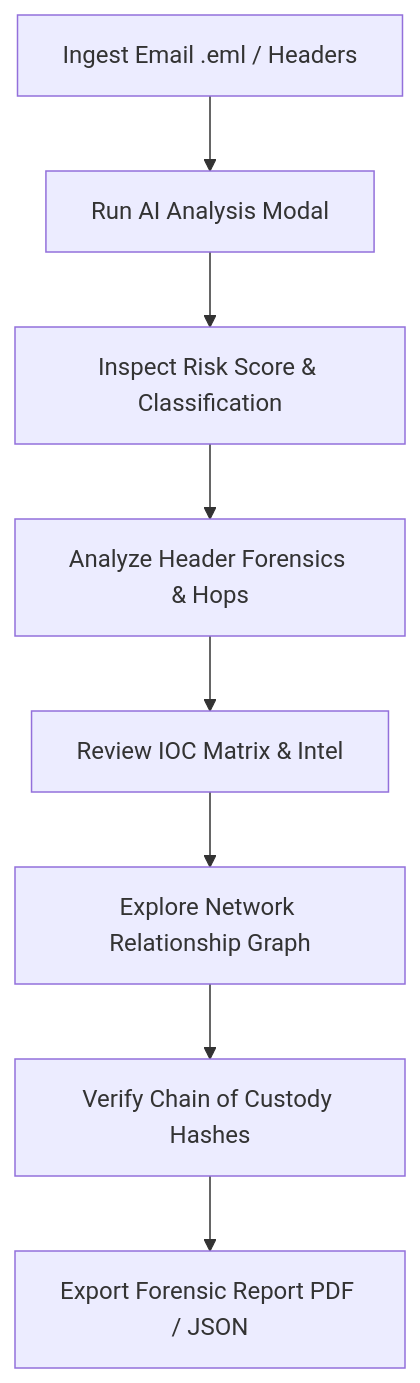
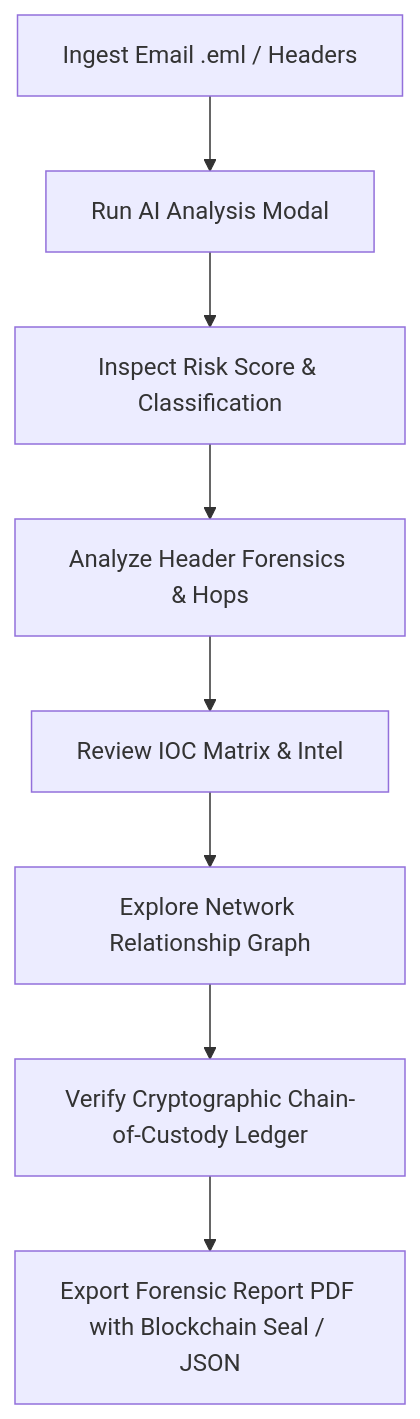
The diagram in README.md (aashirvad999/TraceX), drawn with Mermaid before and after one commit. The commit also changed other lines of this file and 20 other files, not shown here.

````diff
--- a/README.md
+++ b/README.md
@@ -109,10 +111,10 @@
 ```mermaid
 flowchart TD
     A[Ingest Email .eml / Headers] --> B[Run AI Analysis Modal]
     B --> C[Inspect Risk Score & Classification]
     C --> D[Analyze Header Forensics & Hops]
     D --> E[Review IOC Matrix & Intel]
     E --> F[Explore Network Relationship Graph]
-    F --> G[Verify Chain of Custody Hashes]
-    G --> H[Export Forensic Report PDF / JSON]
+    F --> G[Verify Cryptographic Chain-of-Custody Ledger]
+    G --> H[Export Forensic Report PDF with Blockchain Seal / JSON]
 ```
````
